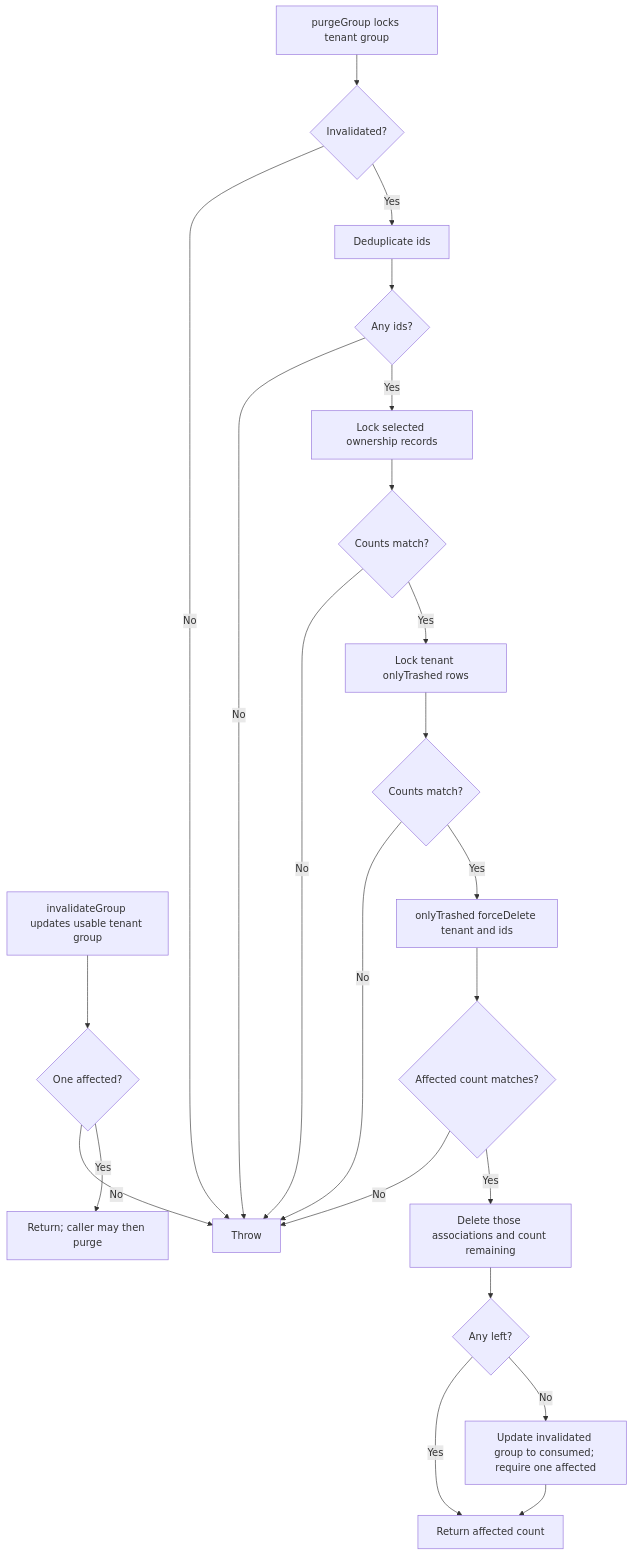
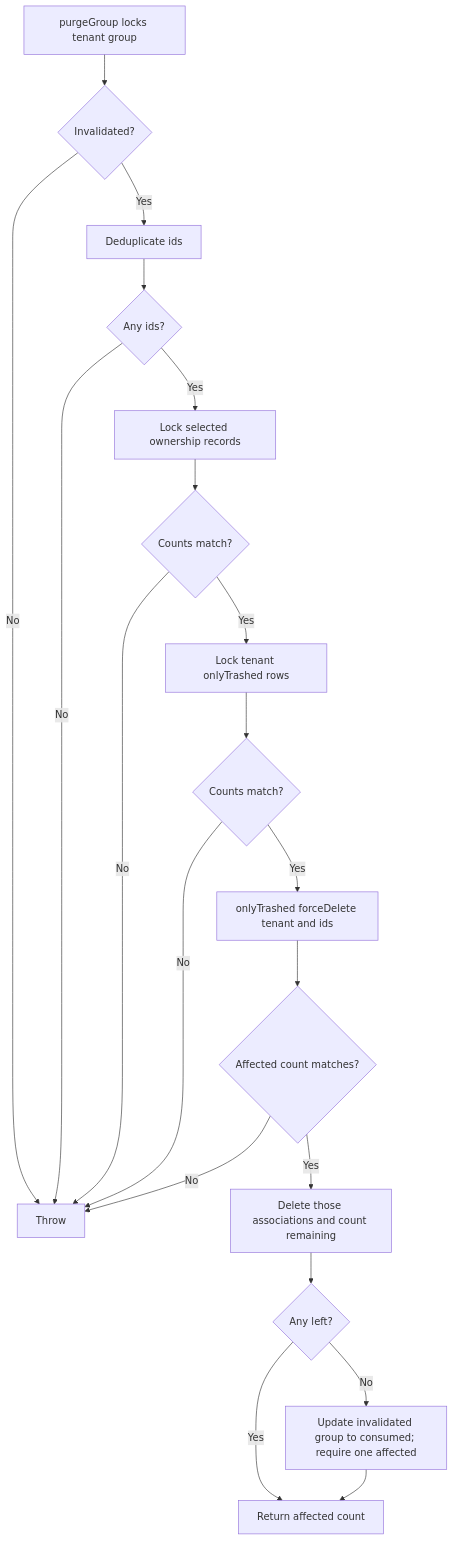
One commit to Kevinjohn/oss-adonisjs-lucid-soft-delete changed the second of 2 diagrams in user-stories/example-apps/us-demo-07-purge-recovery-group.md. Above: the diagram before and after it, drawn with Mermaid. The commit also changed other lines of this file and 18 other files, not shown here.

````diff
--- a/user-stories/example-apps/us-demo-07-purge-recovery-group.md
+++ b/user-stories/example-apps/us-demo-07-purge-recovery-group.md
@@ -38,19 +36,16 @@
 ```mermaid
 flowchart TD
-    A["invalidateGroup updates usable tenant group"] --> B{"One affected?"}
-    B -->|No| C["Throw"]
-    B -->|Yes| D["Return; caller may then purge"]
     E["purgeGroup locks tenant group"] --> F{"Invalidated?"}
-    F -->|No| C
+    F -->|No| C["Throw"]
     F -->|Yes| G["Deduplicate ids"] --> H{"Any ids?"}
     H -->|No| C
     H -->|Yes| I["Lock selected ownership records"] --> J{"Counts match?"}
     J -->|No| C
     J -->|Yes| K["Lock tenant onlyTrashed rows"] --> L{"Counts match?"}
     L -->|No| C
     L -->|Yes| M["onlyTrashed forceDelete tenant and ids"] --> N{"Affected count matches?"}
     N -->|No| C
     N -->|Yes| O["Delete those associations and count remaining"] --> P{"Any left?"}
     P -->|Yes| Q["Return affected count"]
     P -->|No| R["Update invalidated group to consumed; require one affected"] --> Q
 ```
````
